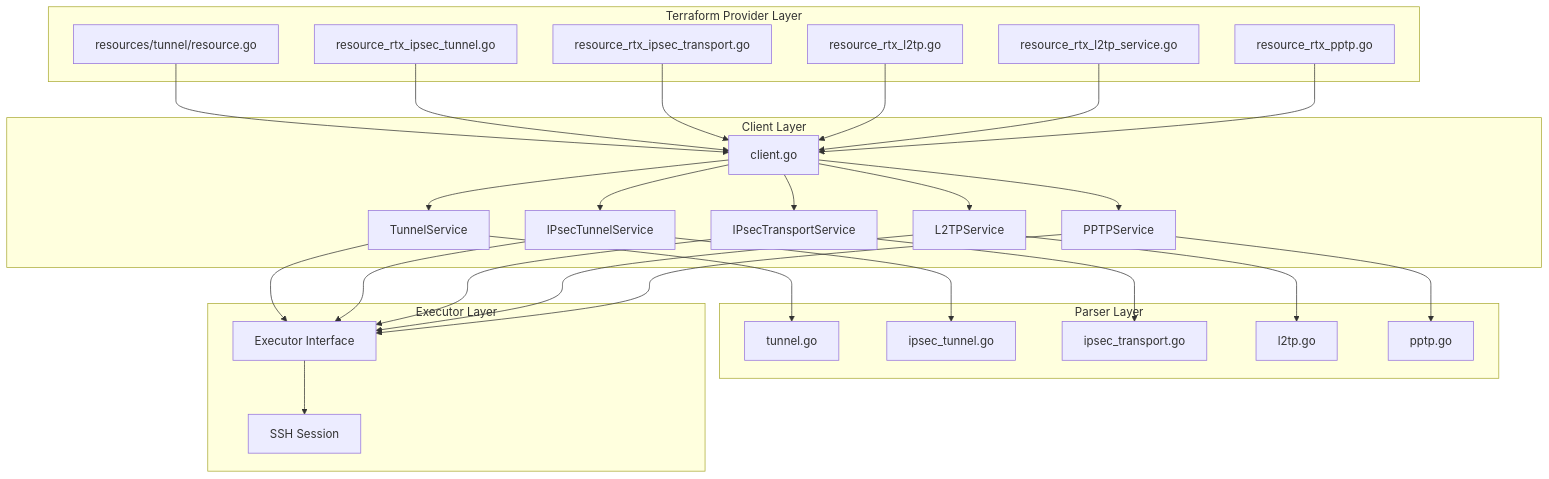
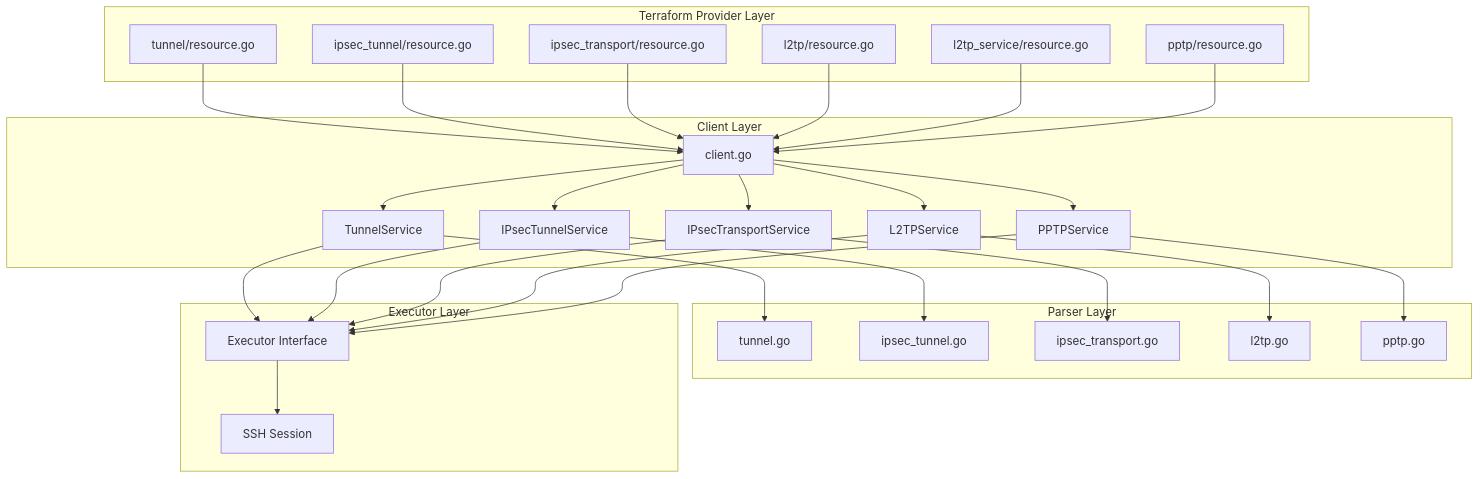
The first of 3 diagrams in .spec-workflow/master-specs/vpn/design.md (shin1ohno/terraform-provider-rtx), drawn with Mermaid before and after one commit. The commit also changed other lines of this file and 43 other files, not shown here.

````diff
--- a/.spec-workflow/master-specs/vpn/design.md
+++ b/.spec-workflow/master-specs/vpn/design.md
@@ -24,59 +24,59 @@
 ```mermaid
 graph TD
     subgraph "Terraform Provider Layer"
-        TunnelRes[resources/tunnel/resource.go]
-        IPsecTunnelRes[resource_rtx_ipsec_tunnel.go]
-        IPsecTransportRes[resource_rtx_ipsec_transport.go]
-        L2TPRes[resource_rtx_l2tp.go]
-        L2TPServiceRes[resource_rtx_l2tp_service.go]
-        PPTPRes[resource_rtx_pptp.go]
+        TunnelRes[tunnel/resource.go]
+        IPsecTunnelRes[ipsec_tunnel/resource.go]
+        IPsecTransportRes[ipsec_transport/resource.go]
+        L2TPRes[l2tp/resource.go]
+        L2TPServiceRes[l2tp_service/resource.go]
+        PPTPRes[pptp/resource.go]
     end
 
     subgraph "Client Layer"
         Client[client.go]
         TunnelSvc[TunnelService]
         IPsecTunnelSvc[IPsecTunnelService]
         IPsecTransportSvc[IPsecTransportService]
         L2TPSvc[L2TPService]
         PPTPSvc[PPTPService]
     end
 
     subgraph "Parser Layer"
         TunnelParser[tunnel.go]
         IPsecTunnelParser[ipsec_tunnel.go]
         IPsecTransportParser[ipsec_transport.go]
         L2TPParser[l2tp.go]
         PPTPParser[pptp.go]
     end
 
     subgraph "Executor Layer"
         Executor[Executor Interface]
         SSH[SSH Session]
     end
 
     TunnelRes --> Client
     IPsecTunnelRes --> Client
     IPsecTransportRes --> Client
     L2TPRes --> Client
     L2TPServiceRes --> Client
     PPTPRes --> Client
 
     Client --> TunnelSvc
     Client --> IPsecTunnelSvc
     Client --> IPsecTransportSvc
     Client --> L2TPSvc
     Client --> PPTPSvc
 
     TunnelSvc --> TunnelParser
     TunnelSvc --> Executor
     IPsecTunnelSvc --> IPsecTunnelParser
     IPsecTunnelSvc --> Executor
     IPsecTransportSvc --> IPsecTransportParser
     IPsecTransportSvc --> Executor
     L2TPSvc --> L2TPParser
     L2TPSvc --> Executor
     PPTPSvc --> PPTPParser
     PPTPSvc --> Executor
 
     Executor --> SSH
 ```
````
